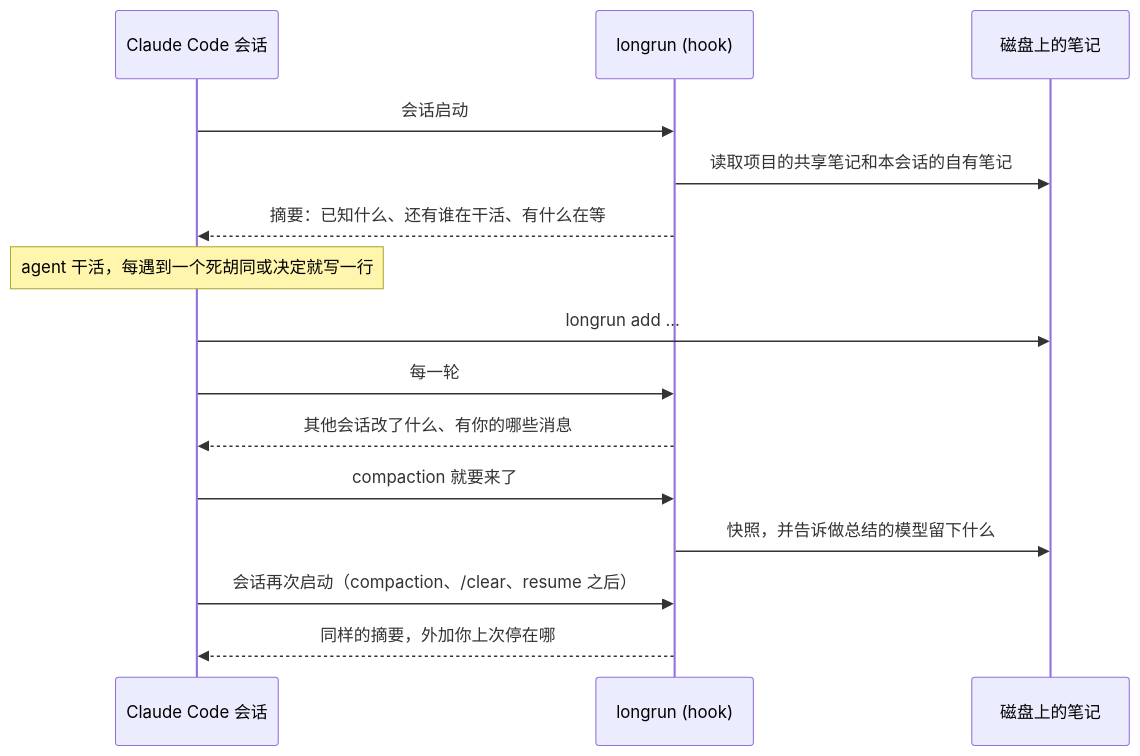
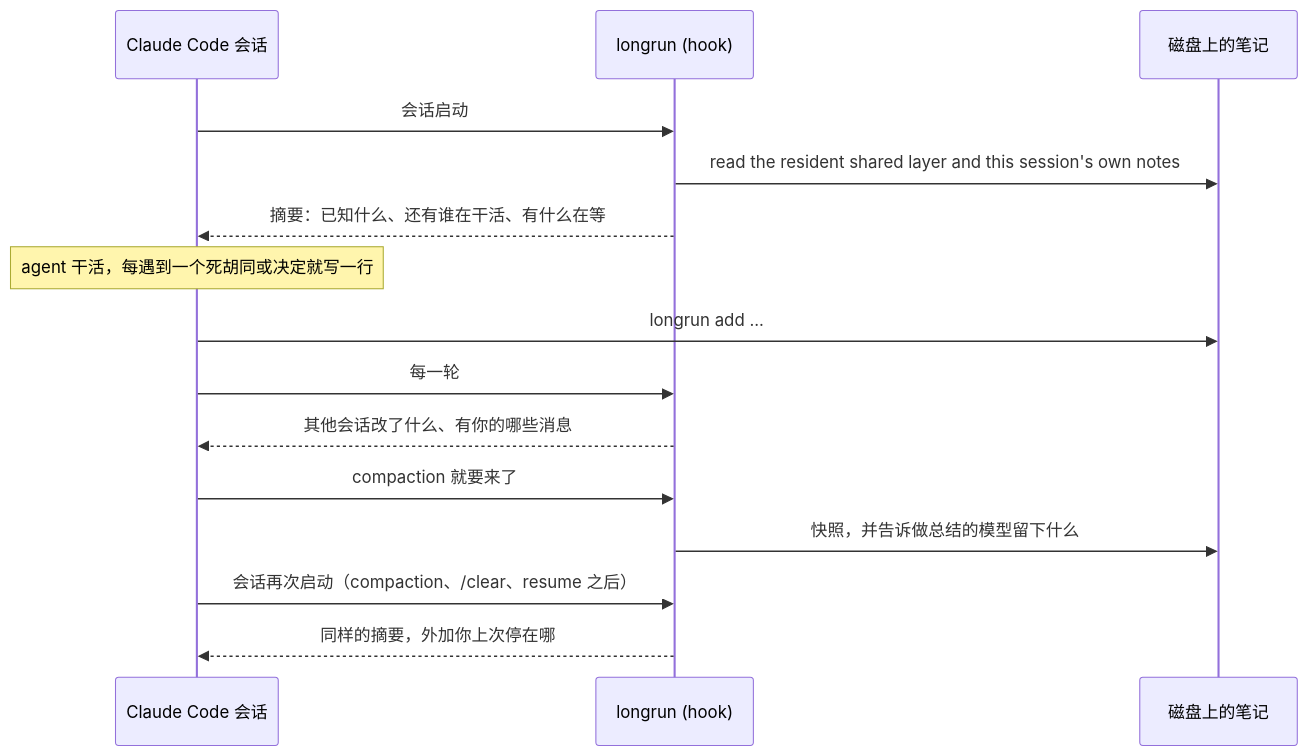
The diagram in README.zh-CN.md (krllx/longrun), drawn with Mermaid before and after one commit. The commit also changed other lines of this file and 22 other files, not shown here.

````diff
--- a/README.zh-CN.md
+++ b/README.zh-CN.md
@@ -171,17 +173,17 @@
 ```mermaid
 sequenceDiagram
     participant S as Claude Code 会话
     participant L as longrun (hook)
     participant D as 磁盘上的笔记
     S->>L: 会话启动
-    L->>D: 读取项目的共享笔记和本会话的自有笔记
+    L->>D: read the resident shared layer and this session's own notes
     L-->>S: 摘要：已知什么、还有谁在干活、有什么在等
     Note over S: agent 干活，每遇到一个死胡同或决定就写一行
     S->>D: longrun add ...
     S->>L: 每一轮
     L-->>S: 其他会话改了什么、有你的哪些消息
     S->>L: compaction 就要来了
     L->>D: 快照，并告诉做总结的模型留下什么
     S->>L: 会话再次启动（compaction、/clear、resume 之后）
     L-->>S: 同样的摘要，外加你上次停在哪
 ```
````
